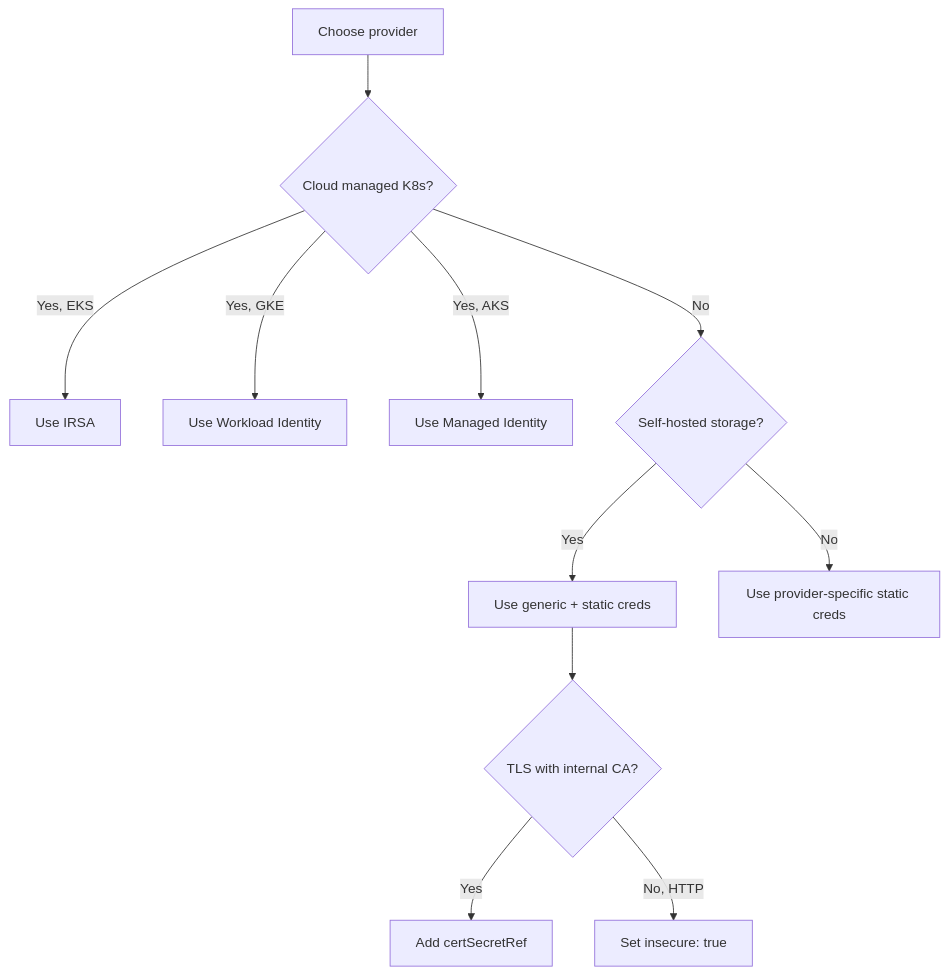
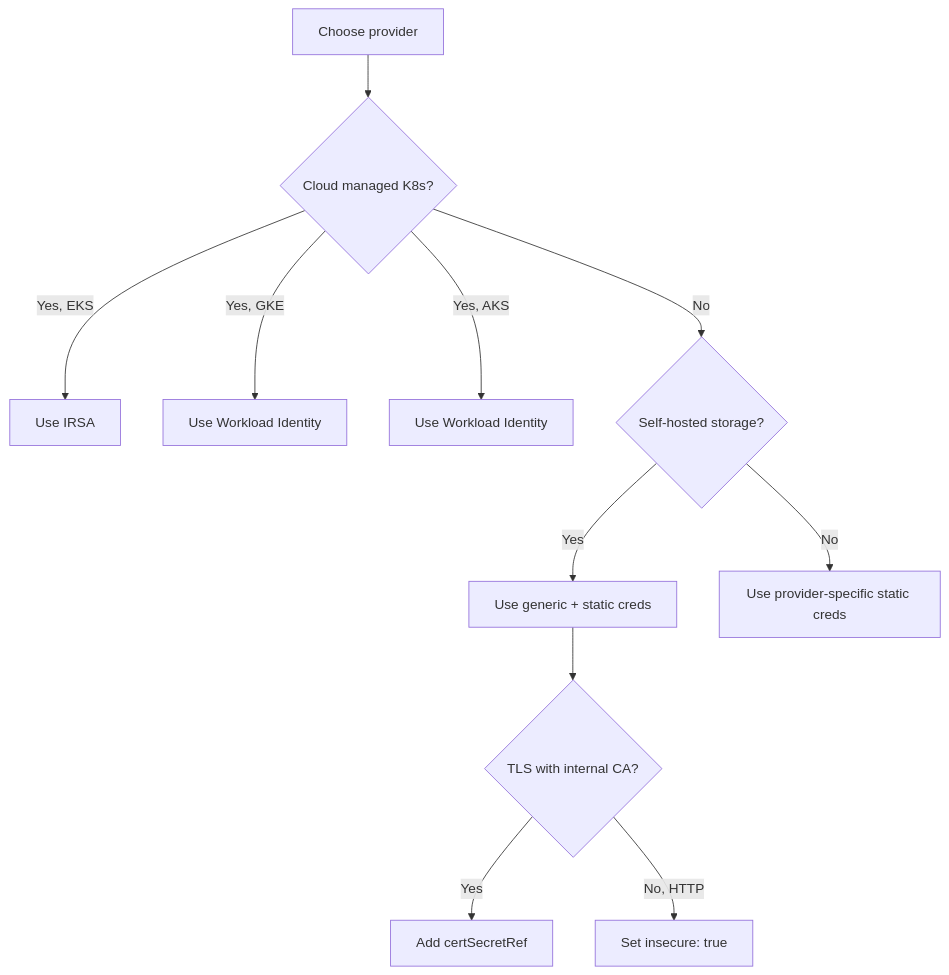
One commit to OneUptime/blog changed the diagram in posts/2026-03-05-bucket-source-authentication-flux/README.md. Above: the diagram before and after it, drawn with Mermaid. The commit also changed other lines of this file and 2 other files, not shown here.

````diff
--- a/posts/2026-03-05-bucket-source-authentication-flux/README.md
+++ b/posts/2026-03-05-bucket-source-authentication-flux/README.md
@@ -309,13 +332,13 @@
 ```mermaid
 flowchart TD
     A[Choose provider] --> B{Cloud managed K8s?}
     B -->|Yes, EKS| C[Use IRSA]
     B -->|Yes, GKE| D[Use Workload Identity]
-    B -->|Yes, AKS| E[Use Managed Identity]
+    B -->|Yes, AKS| E[Use Workload Identity]
     B -->|No| F{Self-hosted storage?}
     F -->|Yes| G[Use generic + static creds]
     F -->|No| H[Use provider-specific static creds]
     G --> I{TLS with internal CA?}
     I -->|Yes| J[Add certSecretRef]
     I -->|No, HTTP| K[Set insecure: true]
 ```
````
